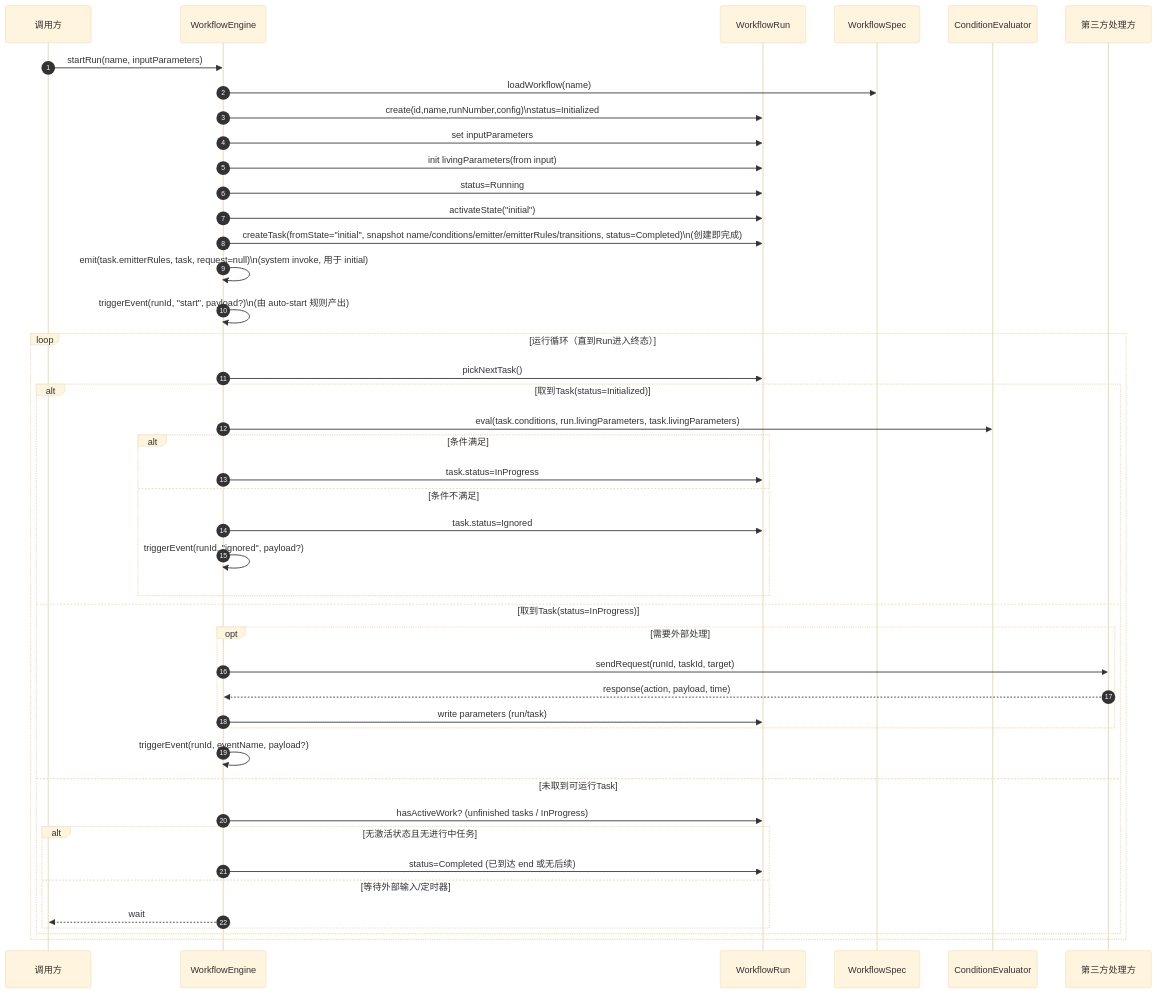
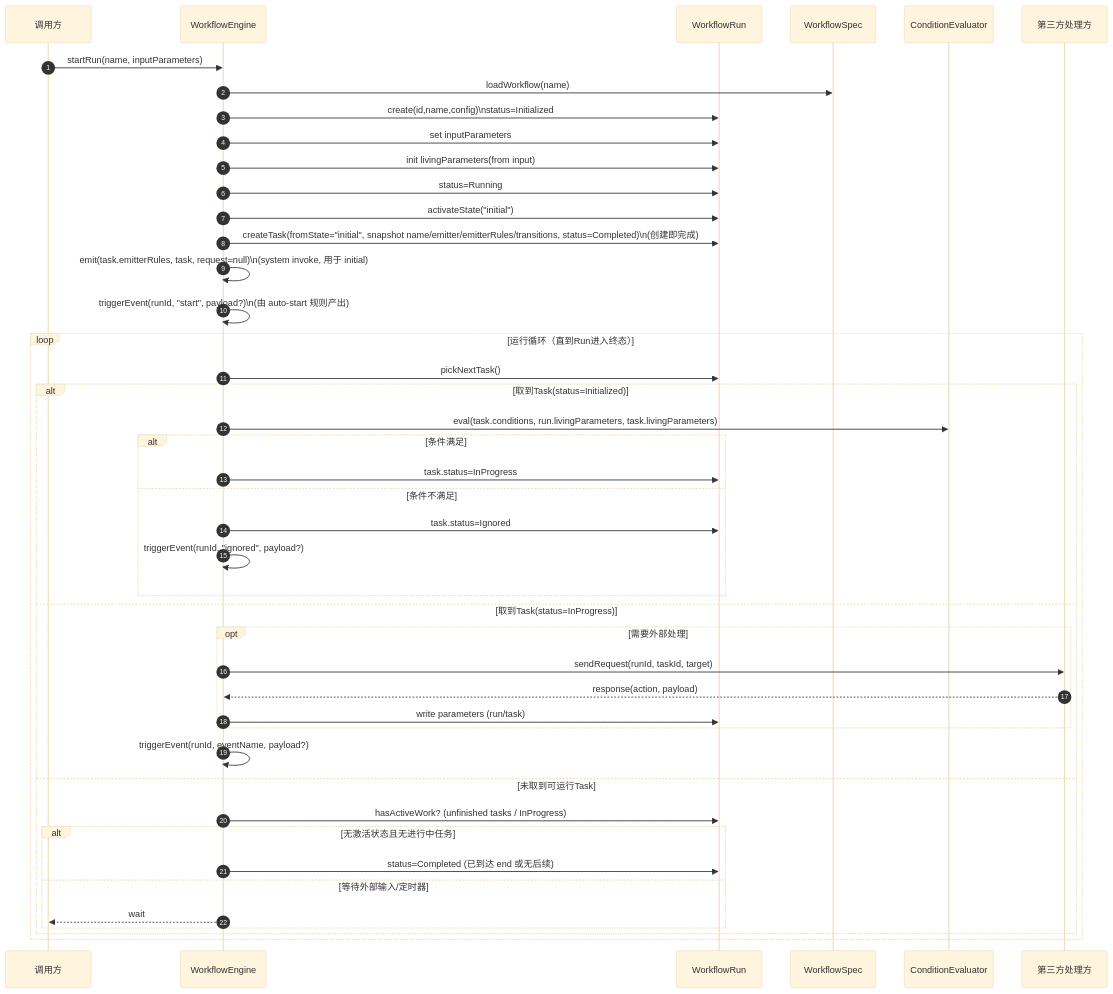
One commit to lchrennew/es-workflow changed the fourth of 8 diagrams in docs/design/20-runtime-domain.md. Above: the diagram before and after it, drawn with Mermaid (base theme). The commit also changed other lines of this file and 14 other files, not shown here.

````diff
--- a/docs/design/20-runtime-domain.md
+++ b/docs/design/20-runtime-domain.md
@@ -343,48 +335,48 @@
 ```mermaid
 sequenceDiagram
 autonumber
 participant Caller as 调用方
 participant Engine as WorkflowEngine
 participant Run as WorkflowRun
 participant Spec as WorkflowSpec
 participant Cond as ConditionEvaluator
 participant Third as 第三方处理方
 
 Caller->>Engine: startRun(name, inputParameters)
 Engine->>Spec: loadWorkflow(name)
-Engine->>Run: create(id,name,runNumber,config)\nstatus=Initialized
+Engine->>Run: create(id,name,config)\nstatus=Initialized
 Engine->>Run: set inputParameters
 Engine->>Run: init livingParameters(from input)
 Engine->>Run: status=Running
 Engine->>Run: activateState("initial")
-Engine->>Run: createTask(fromState="initial", snapshot name/conditions/emitter/emitterRules/transitions, status=Completed)\n(创建即完成)
+Engine->>Run: createTask(fromState="initial", snapshot name/emitter/emitterRules/transitions, status=Completed)\n(创建即完成)
 Engine->>Engine: emit(task.emitterRules, task, request=null)\n(system invoke, 用于 initial)
 Engine->>Engine: triggerEvent(runId, "start", payload?)\n(由 auto-start 规则产出)
 
 loop 运行循环（直到Run进入终态）
   Engine->>Run: pickNextTask()
   alt 取到Task(status=Initialized)
     Engine->>Cond: eval(task.conditions, run.livingParameters, task.livingParameters)
     alt 条件满足
       Engine->>Run: task.status=InProgress
     else 条件不满足
       Engine->>Run: task.status=Ignored
       Engine->>Engine: triggerEvent(runId, "ignored", payload?)
     end
   else 取到Task(status=InProgress)
     opt 需要外部处理
       Engine->>Third: sendRequest(runId, taskId, target)
-      Third-->>Engine: response(action, payload, time)
+      Third-->>Engine: response(action, payload)
       Engine->>Run: write parameters (run/task)
     end
     Engine->>Engine: triggerEvent(runId, eventName, payload?)
   else 未取到可运行Task
     Engine->>Run: hasActiveWork? (unfinished tasks / InProgress)
     alt 无激活状态且无进行中任务
       Engine->>Run: status=Completed (已到达 end 或无后续)
     else 等待外部输入/定时器
       Engine-->>Caller: wait
     end
   end
 end
 ```
````
